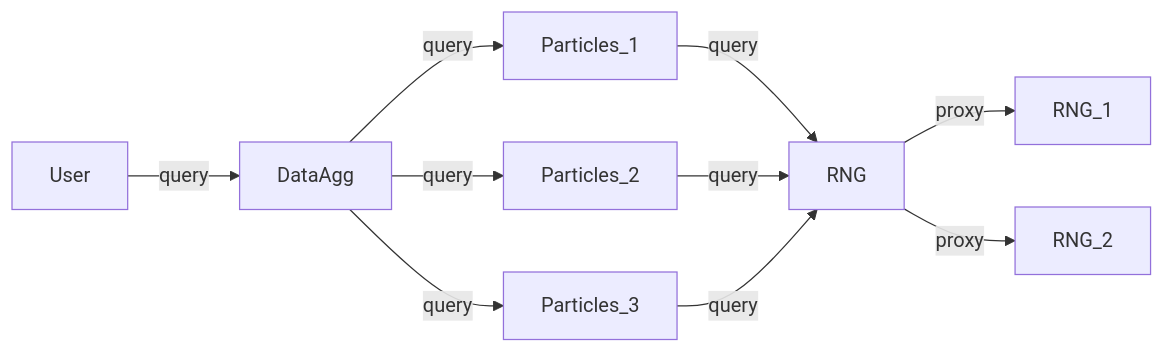
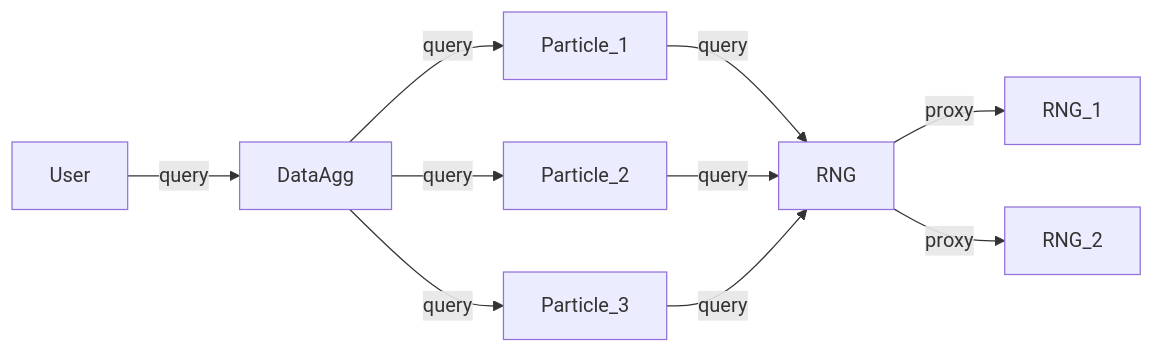
Before and after one commit to willirath/2022_reproducible_distributed_scientific_computing: the third of 5 diagrams in README.md, drawn with Mermaid. The commit also changed other lines of this file and 14 other files, not shown here.

First line of the commit message:
Update architecture (#1)

````diff
--- a/README.md
+++ b/README.md
@@ -87,12 +87,12 @@
 ```mermaid
 graph LR;
     RNG -->|proxy| RNG_1;
     RNG -->|proxy| RNG_2;
-    Particles_1 -->|query| RNG;
-    Particles_2 -->|query| RNG;
-    Particles_3 -->|query| RNG;
-    DataAgg -->|query| Particles_1;
-    DataAgg -->|query| Particles_2;
-    DataAgg -->|query| Particles_3;
+    Particle_1 -->|query| RNG;
+    Particle_2 -->|query| RNG;
+    Particle_3 -->|query| RNG;
+    DataAgg -->|query| Particle_1;
+    DataAgg -->|query| Particle_2;
+    DataAgg -->|query| Particle_3;
     User -->|query| DataAgg;
 ```
````
